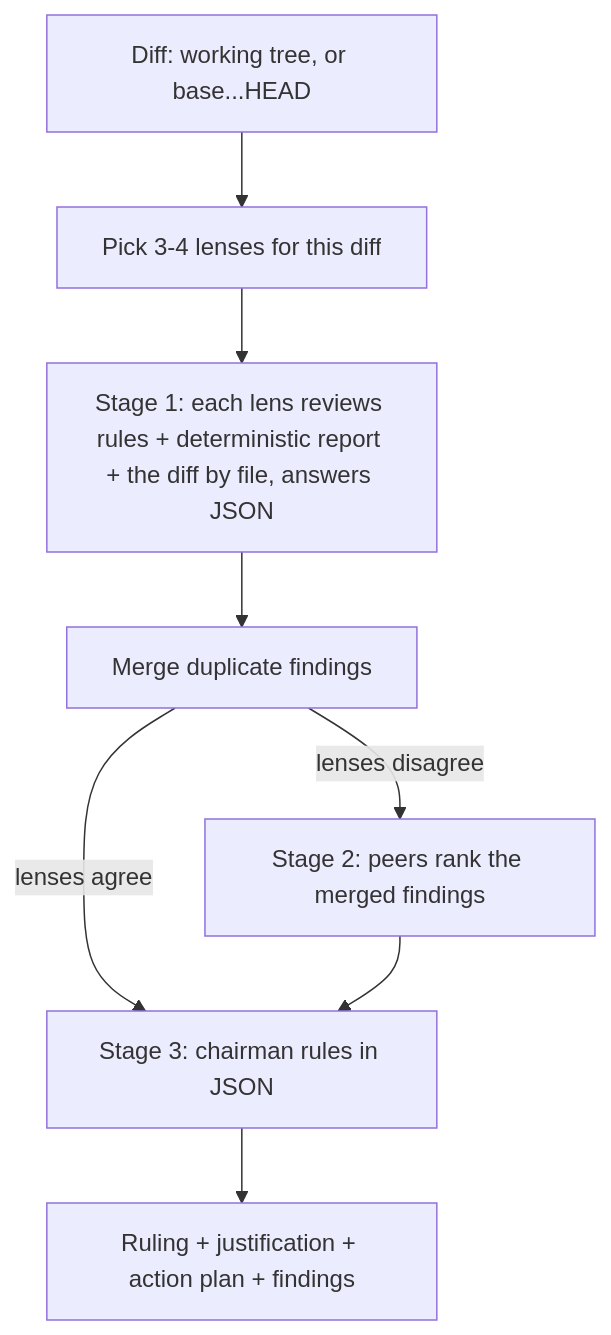
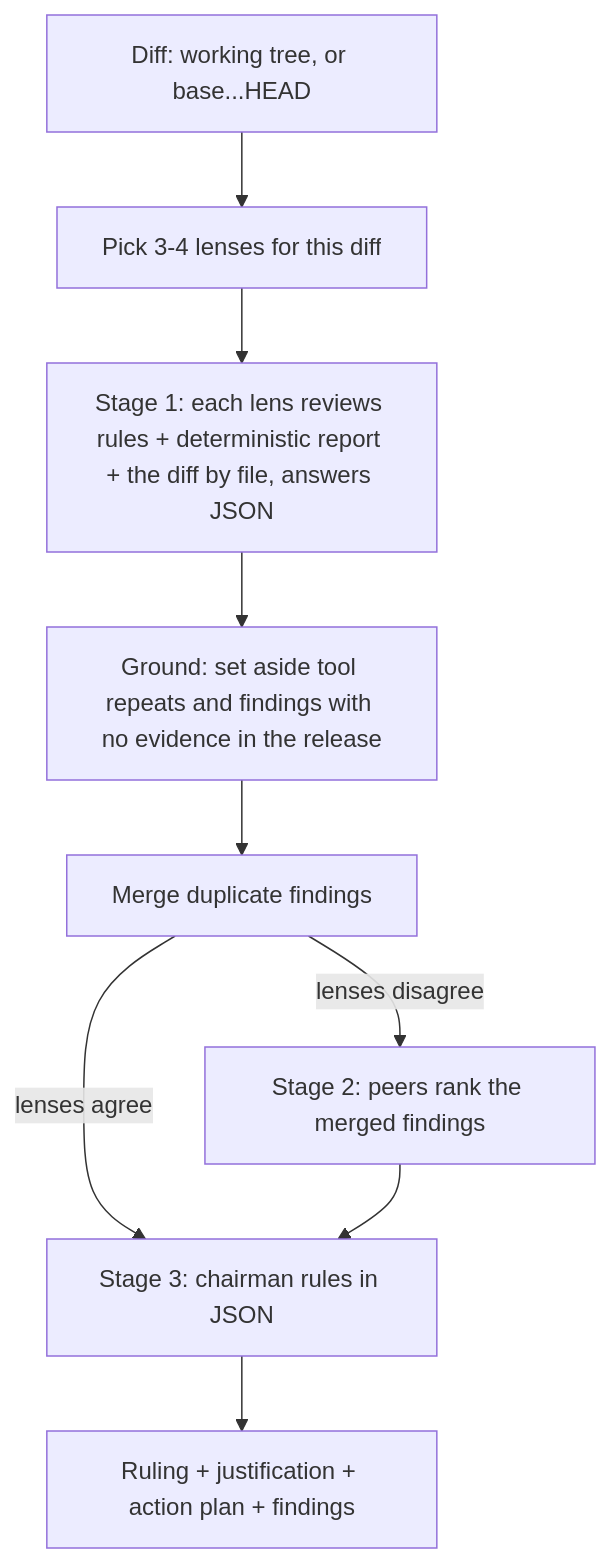
The diagram in README.md (ackwiring/SW-Council), drawn with Mermaid before and after one commit. The commit also changed other lines of this file and 6 other files, not shown here.

First line of the commit message:
Ground lens findings and keep tool findings at the tool's severity

````diff
--- a/README.md
+++ b/README.md
@@ -10,10 +10,11 @@
 ```mermaid
 graph TD
     A[Diff: working tree, or base...HEAD] --> L[Pick 3-4 lenses for this diff]
     L --> B[Stage 1: each lens reviews rules + deterministic report + the diff by file, answers JSON]
-    B --> M[Merge duplicate findings]
+    B --> G[Ground: set aside tool repeats and findings with no evidence in the release]
+    G --> M[Merge duplicate findings]
     M -->|lenses disagree| C[Stage 2: peers rank the merged findings]
     M -->|lenses agree| D
     C --> D[Stage 3: chairman rules in JSON]
     D --> E[Ruling + justification + action plan + findings]
 ```
````
